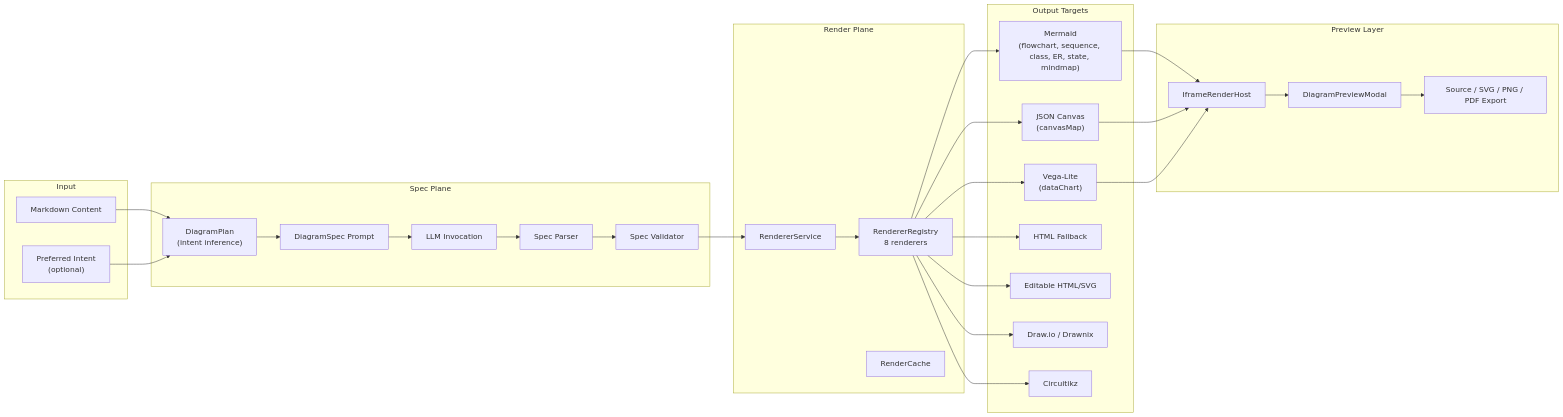
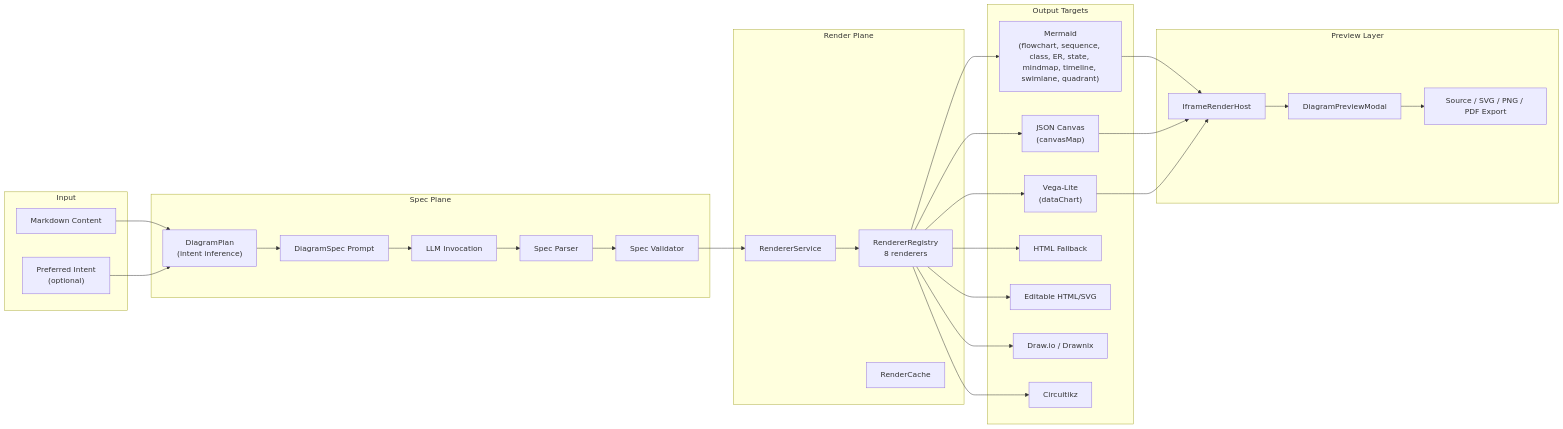
Before and after one commit to Jacobinwwey/obsidian-NotEMD: the third of 3 diagrams in docs/architecture.md, drawn with Mermaid. The commit also changed other lines of this file and 53 other files, not shown here.

Commit message:
feat: expand diagram catalog and presentation contracts

````diff
--- a/docs/architecture.md
+++ b/docs/architecture.md
@@ -129,58 +129,58 @@
 ```mermaid
 flowchart LR
     subgraph Input["Input"]
         MD["Markdown Content"]
         INTENT["Preferred Intent<br/>(optional)"]
     end
 
     subgraph Spec["Spec Plane"]
         PLAN["DiagramPlan<br/>(intent inference)"]
         PROMPT2["DiagramSpec Prompt"]
         LLM["LLM Invocation"]
         PARSE2["Spec Parser"]
         VALIDATE["Spec Validator"]
     end
 
     subgraph Render["Render Plane"]
         REGISTRY["RendererRegistry<br/>8 renderers"]
         SERVICE["RendererService"]
         CACHE2["RenderCache"]
     end
 
     subgraph Target["Output Targets"]
-        MERMAID["Mermaid<br/>(flowchart, sequence, class, ER, state, mindmap)"]
+        MERMAID["Mermaid<br/>(flowchart, sequence, class, ER, state, mindmap, timeline, swimlane, quadrant)"]
         CANVAS["JSON Canvas<br/>(canvasMap)"]
         VEGA["Vega-Lite<br/>(dataChart)"]
         HTML["HTML Fallback"]
         FIGURE["Editable HTML/SVG"]
         BOARD["Draw.io / Drawnix"]
         CIRCUIT["Circuitikz"]
     end
 
     subgraph Host["Preview Layer"]
         IFRAME["IframeRenderHost"]
         MODAL["DiagramPreviewModal"]
         EXPORT2["Source / SVG / PNG / PDF Export"]
     end
 
     MD --> PLAN
     INTENT --> PLAN
     PLAN --> PROMPT2
     PROMPT2 --> LLM
     LLM --> PARSE2
     PARSE2 --> VALIDATE
     VALIDATE --> SERVICE
     SERVICE --> REGISTRY
     REGISTRY --> MERMAID
     REGISTRY --> CANVAS
     REGISTRY --> VEGA
     REGISTRY --> HTML
     REGISTRY --> FIGURE
     REGISTRY --> BOARD
     REGISTRY --> CIRCUIT
     MERMAID --> IFRAME
     CANVAS --> IFRAME
     VEGA --> IFRAME
     IFRAME --> MODAL
     MODAL --> EXPORT2
 ```
````
